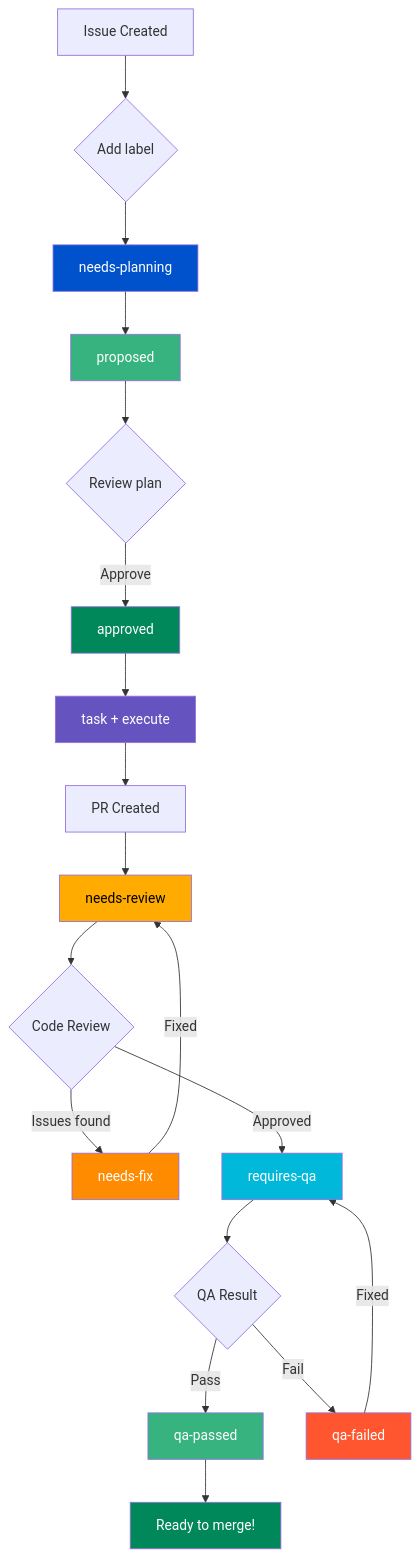
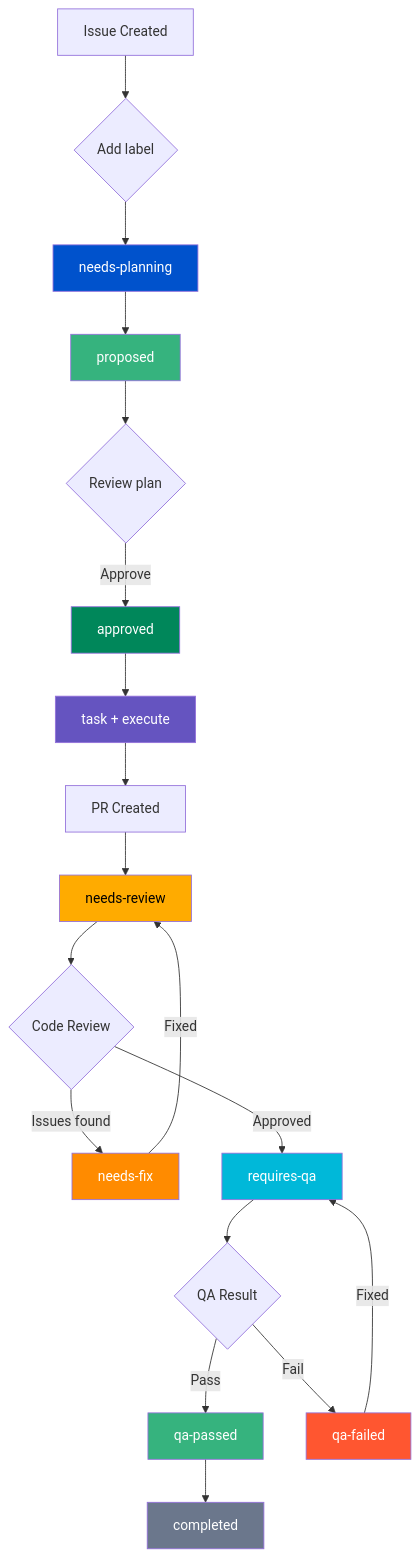
One commit to savorywatt/repo-sapiens changed the second of 2 diagrams in docs/GITEA_NEW_REPO_TUTORIAL.md. Above: the diagram before and after it, drawn with Mermaid. The commit also changed other lines of this file and 22 other files, not shown here.

````diff
--- a/docs/GITEA_NEW_REPO_TUTORIAL.md
+++ b/docs/GITEA_NEW_REPO_TUTORIAL.md
@@ -969,31 +1123,31 @@
 ```mermaid
 flowchart TD
     A[Issue Created] --> B{Add label}
     B --> C[needs-planning]
     C --> D[proposed]
     D --> E{Review plan}
     E -->|Approve| F[approved]
     F --> G[task + execute]
     G --> H[PR Created]
     H --> I[needs-review]
     I --> J{Code Review}
     J -->|Issues found| K[needs-fix]
     J -->|Approved| L[requires-qa]
     K -->|Fixed| I
     L --> M{QA Result}
     M -->|Pass| N[qa-passed]
     M -->|Fail| O[qa-failed]
     O -->|Fixed| L
-    N --> P[Ready to merge!]
+    N --> P[completed]
 
     style C fill:#0052CC,color:#fff
     style D fill:#36B37E,color:#fff
     style F fill:#00875A,color:#fff
     style G fill:#6554C0,color:#fff
     style I fill:#FFAB00,color:#000
     style K fill:#FF8B00,color:#fff
     style L fill:#00B8D9,color:#fff
     style N fill:#36B37E,color:#fff
     style O fill:#FF5630,color:#fff
-    style P fill:#00875A,color:#fff
+    style P fill:#6B778C,color:#fff
 ```
````
